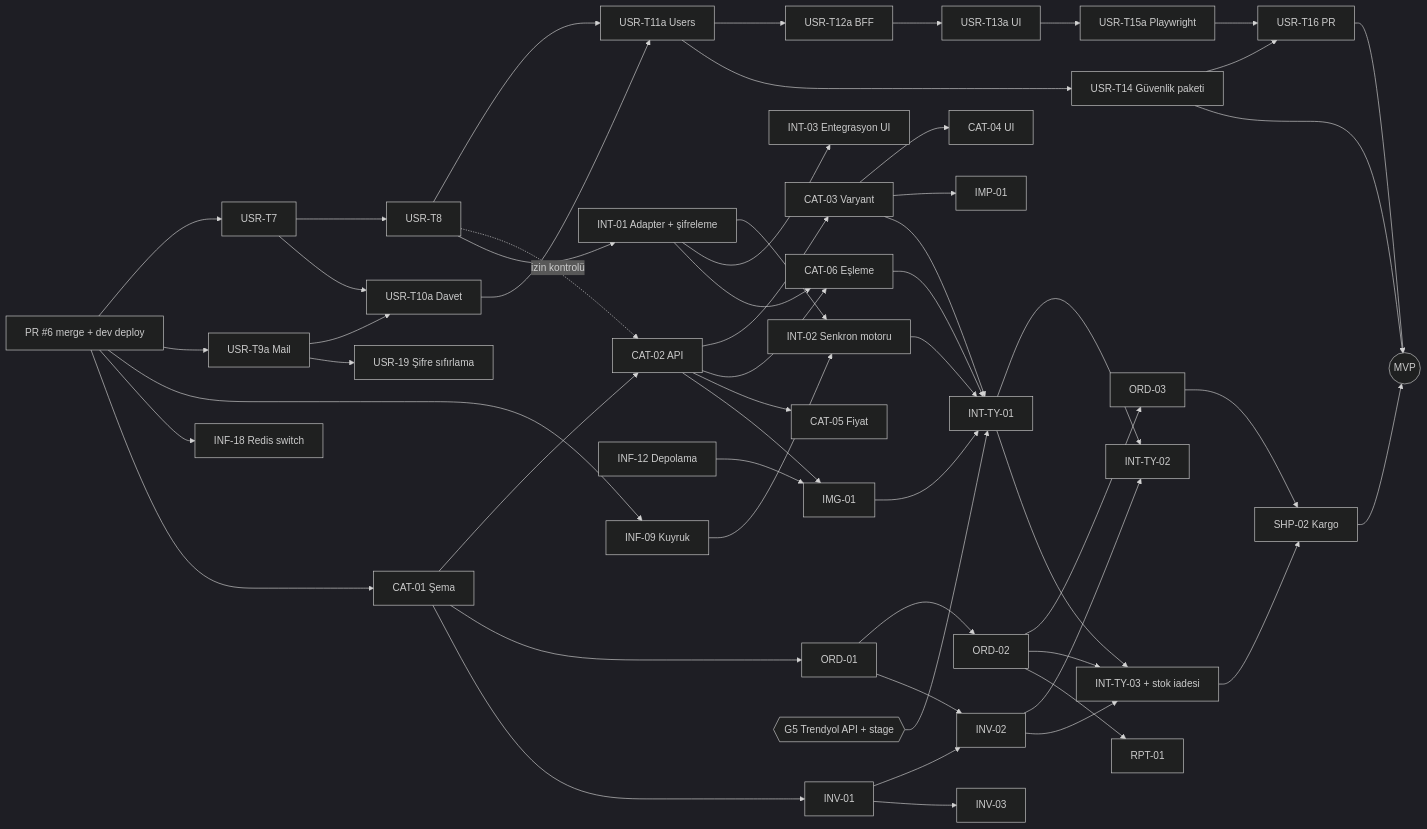
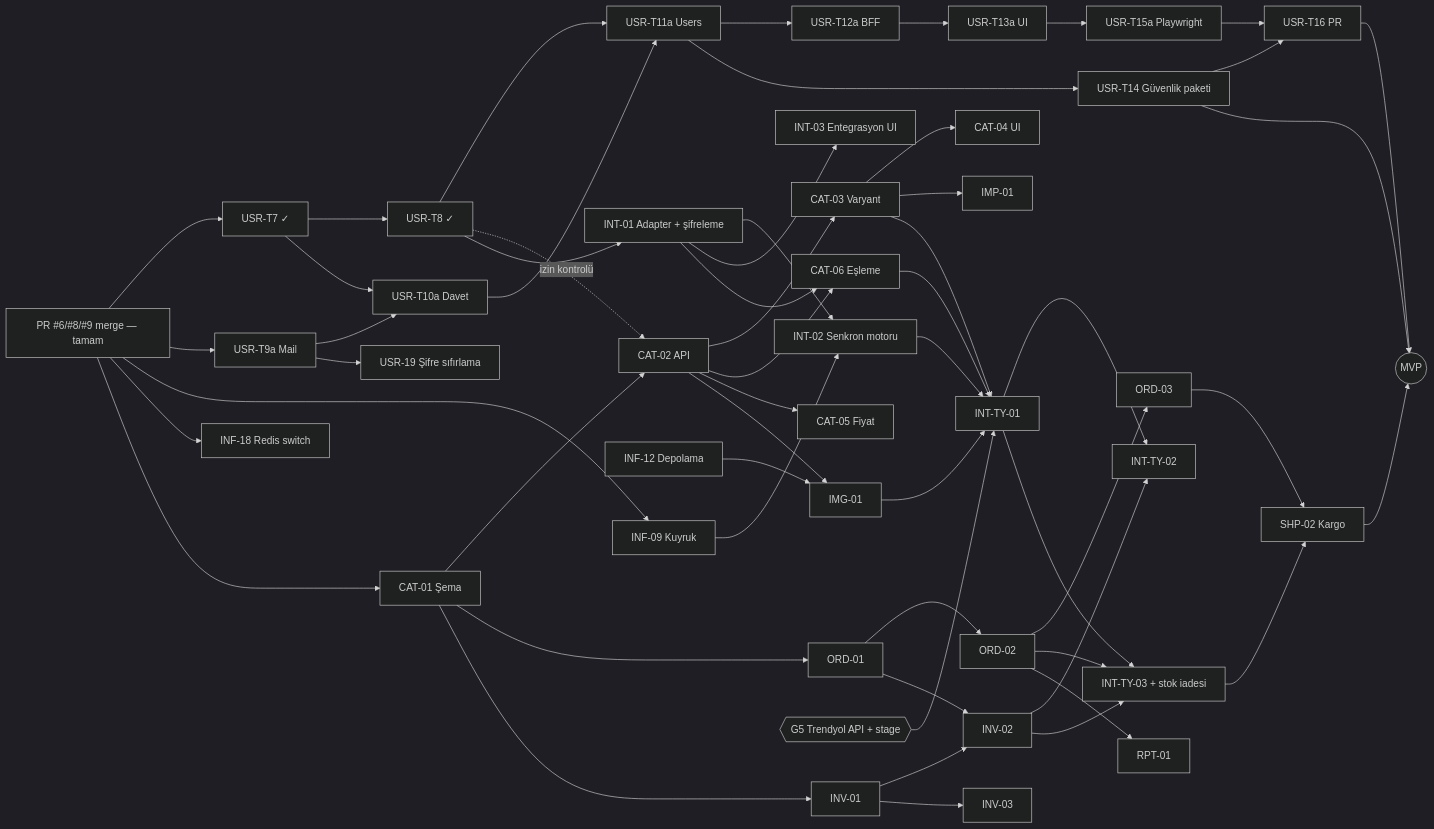
The diagram in docs/roadmap/DEPENDENCIES.md (sarikayadem1983-glitch/E-ticaret-Merkezi-2.0), drawn with Mermaid (dark theme) before and after one commit. The commit also changed other lines of this file and 5 other files, not shown here.

First line of the commit message:
docs(roadmap): sync status with main after PRs #6, #8, #9 merged

````diff
--- a/docs/roadmap/DEPENDENCIES.md
+++ b/docs/roadmap/DEPENDENCIES.md
@@ -43,52 +41,52 @@
 ```mermaid
 graph LR
-  G1[PR #6 merge + dev deploy] --> T7[USR-T7]
+  G1[PR #6/#8/#9 merge — tamam] --> T7[USR-T7 ✓]
   G1 --> T9a[USR-T9a Mail]
   G1 --> INF09[INF-09 Kuyruk]
   G1 --> INF18[INF-18 Redis switch]
   G1 --> CAT01[CAT-01 Şema]
-  T7 --> T8[USR-T8]
+  T7 --> T8[USR-T8 ✓]
   T7 --> T10a[USR-T10a Davet]
   T9a --> T10a
   T9a --> USR19[USR-19 Şifre sıfırlama]
   T8 --> T11a[USR-T11a Users]
   T10a --> T11a
   T11a --> T12a[USR-T12a BFF] --> T13a[USR-T13a UI] --> T15a[USR-T15a Playwright]
   T11a --> T14[USR-T14 Güvenlik paketi]
   T14 --> T16[USR-T16 PR]
   T15a --> T16
   CAT01 --> CAT02[CAT-02 API]
   T8 -. izin kontrolü .-> CAT02
   CAT02 --> CAT03[CAT-03 Varyant]
   CAT02 --> CAT06[CAT-06 Eşleme]
   CAT02 --> CAT05[CAT-05 Fiyat]
   CAT03 --> CAT04[CAT-04 UI]
   CAT03 --> IMP01[IMP-01]
   INF12[INF-12 Depolama] --> IMG01[IMG-01]
   CAT02 --> IMG01
   T8 --> INT01[INT-01 Adapter + şifreleme]
   INT01 --> INT02[INT-02 Senkron motoru]
   INF09 --> INT02
   INT01 --> INT03[INT-03 Entegrasyon UI]
   INT01 --> CAT06
   CAT01 --> ORD01[ORD-01] --> ORD02[ORD-02] --> ORD03[ORD-03]
   CAT01 --> INV01[INV-01] --> INV02[INV-02]
   ORD01 --> INV02
   INV01 --> INV03[INV-03]
   G5{{G5 Trendyol API + stage}} --> TY1
   INT02 --> TY1[INT-TY-01]
   CAT06 --> TY1
   CAT03 --> TY1
   IMG01 --> TY1
   TY1 --> TY2[INT-TY-02]
   INV02 --> TY2
   TY1 --> TY3[INT-TY-03 + stok iadesi]
   ORD02 --> TY3
   INV02 --> TY3
   TY3 --> SHP02[SHP-02 Kargo]
   ORD03 --> SHP02
   ORD02 --> RPT01[RPT-01]
   SHP02 --> MVP((MVP))
   T16 --> MVP
   T14 --> MVP
 ```
````
